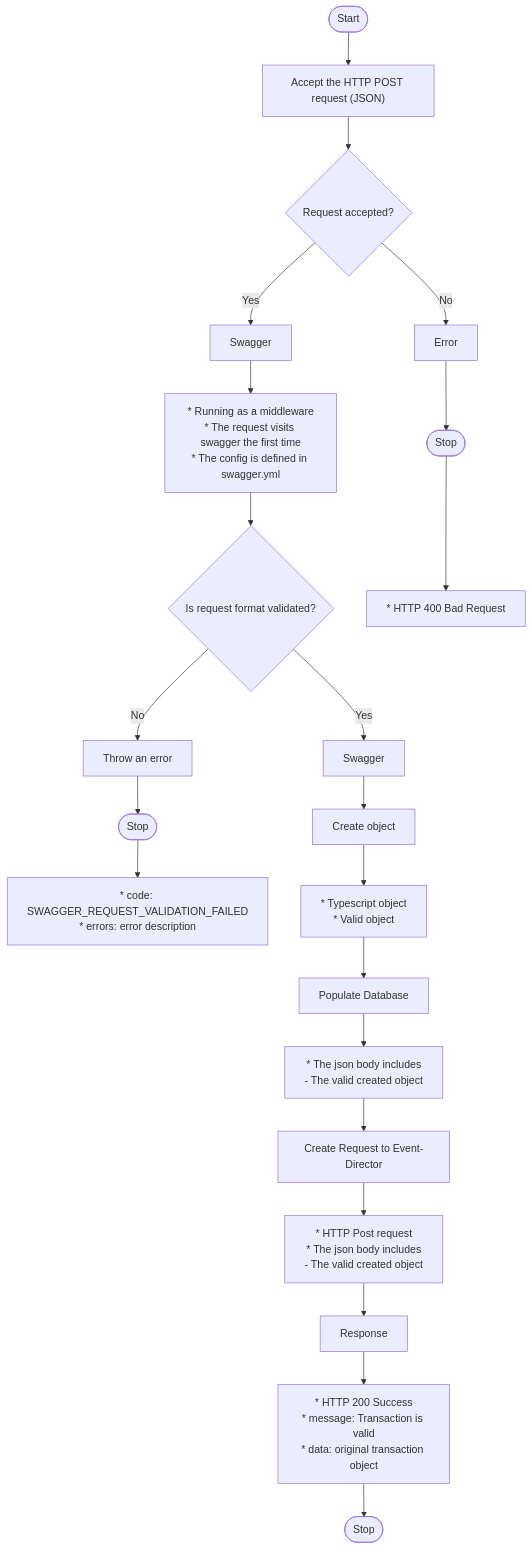
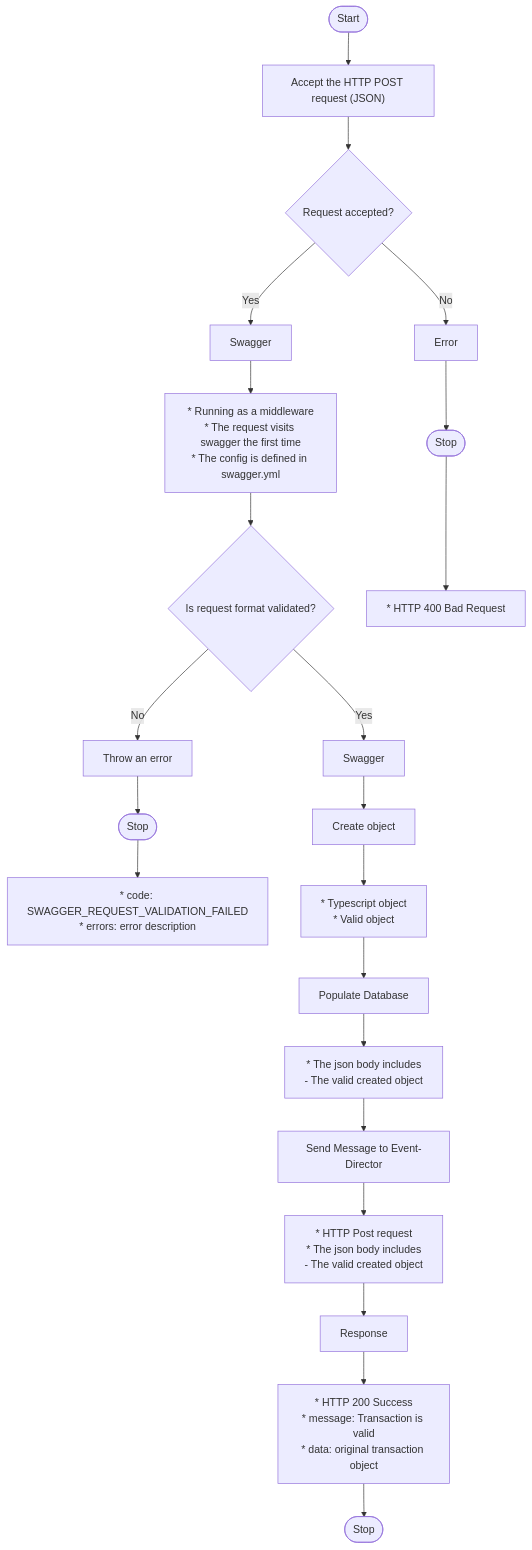
One commit to tazama-lf/tms-service changed the second of 3 diagrams in README.md. Above: the diagram before and after it, drawn with Mermaid. The commit also changed other lines of this file, not shown here.

Commit message:
docs: remove old diagrams

````diff
--- a/README.md
+++ b/README.md
@@ -141,26 +139,26 @@
 ```mermaid
 flowchart TD
     start([Start]) --> acceptHttpRequest["Accept the HTTP POST request (JSON)"]
     acceptHttpRequest --> requestAccepted{Request accepted?}
     requestAccepted --> |Yes| swagger1[Swagger]
     swagger1 --> note1["* Running as a middleware\n* The request visits swagger the first time\n* The config is defined in swagger.yml"]
     note1 --> requestFormatValidated{Is request format validated?}
     requestFormatValidated --> |Yes| swagger2[Swagger]
     requestFormatValidated --> |No| throwError[Throw an error]
     throwError --> stop1([Stop])
     stop1 --> noteError1["* code: SWAGGER_REQUEST_VALIDATION_FAILED\n* errors: error description"]
     
     requestAccepted --> |No| errorResponse[Error]
     errorResponse --> stop2([Stop])
     stop2 --> noteError2["* HTTP 400 Bad Request"]
     
     swagger2 --> createObject[Create object]
     createObject --> noteCreateObject["* Typescript object\n* Valid object"]
     noteCreateObject --> populateDatabase[Populate Database]
     populateDatabase --> notePopulateDatabase["* The json body includes\n - The valid created object"]
-    notePopulateDatabase --> createRequest[Create Request to Event-Director]
+    notePopulateDatabase --> createRequest[Send Message to Event-Director]
     createRequest --> noteCreateRequest["* HTTP Post request\n* The json body includes\n - The valid created object"]
     noteCreateRequest --> response[Response]
     response --> noteResponse["* HTTP 200 Success\n* message: Transaction is valid\n* data: original transaction object"]
     noteResponse --> stop3([Stop])
 ```
````
